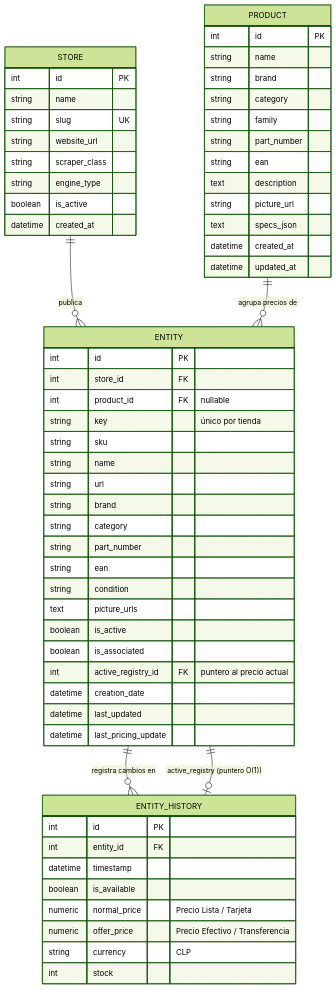
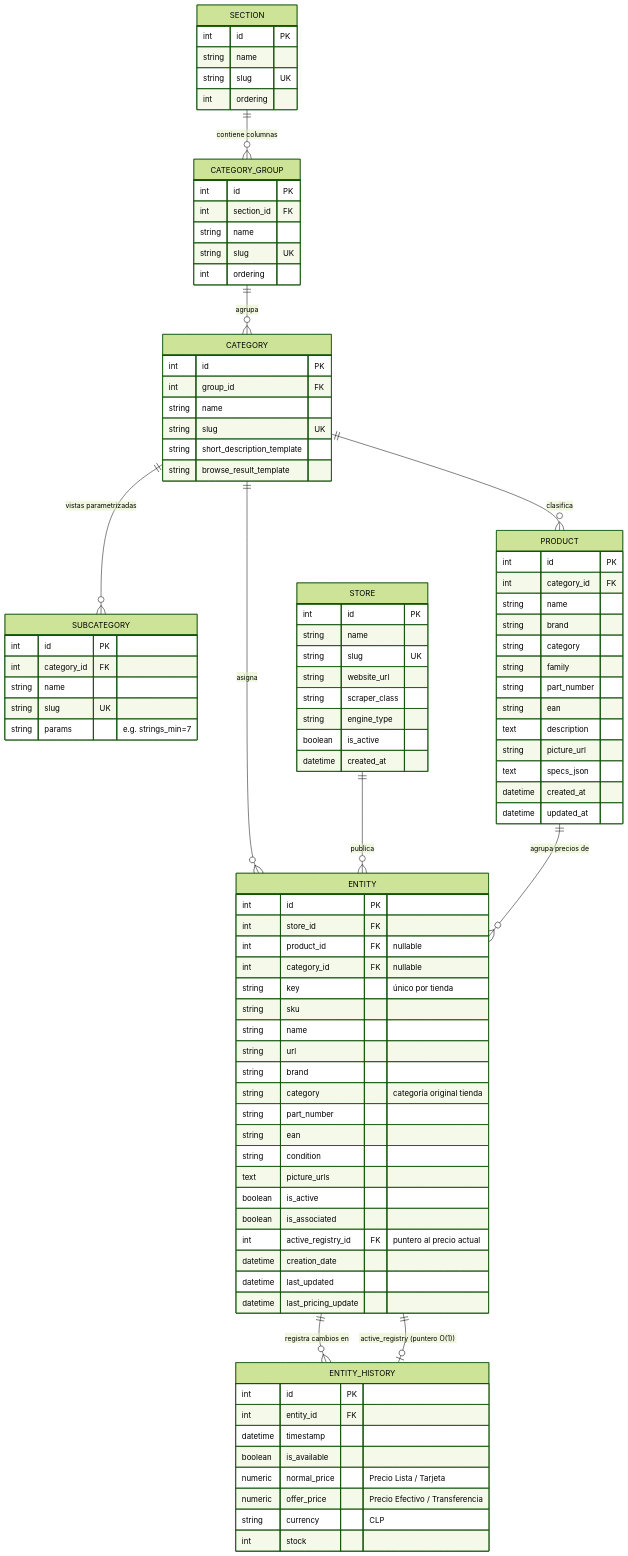
The second of 3 diagrams in README.md (Bastian-AAI/CC5003-SoloTono-Scraping), drawn with Mermaid (forest theme) before and after one commit. The commit also changed other lines of this file and 8 other files, not shown here.

Commit message:
feat: implement SoloTodo-style taxonomy architecture with Mega-Menu, fixtures, classifier and CLI

````diff
--- a/README.md
+++ b/README.md
@@ -92,9 +92,46 @@
 ```mermaid
 erDiagram
+    SECTION ||--o{ CATEGORY_GROUP : "contiene columnas"
+    CATEGORY_GROUP ||--o{ CATEGORY : "agrupa"
+    CATEGORY ||--o{ SUBCATEGORY : "vistas parametrizadas"
+    CATEGORY ||--o{ PRODUCT : "clasifica"
+    CATEGORY ||--o{ ENTITY : "asigna"
     STORE ||--o{ ENTITY : "publica"
     PRODUCT ||--o{ ENTITY : "agrupa precios de"
     ENTITY ||--o{ ENTITY_HISTORY : "registra cambios en"
     ENTITY ||--o| ENTITY_HISTORY : "active_registry (puntero O(1))"
+
+    SECTION {
+        int id PK
+        string name
+        string slug UK
+        int ordering
+    }
+
+    CATEGORY_GROUP {
+        int id PK
+        int section_id FK
+        string name
+        string slug UK
+        int ordering
+    }
+
+    CATEGORY {
+        int id PK
+        int group_id FK
+        string name
+        string slug UK
+        string short_description_template
+        string browse_result_template
+    }
+
+    SUBCATEGORY {
+        int id PK
+        int category_id FK
+        string name
+        string slug UK
+        string params "e.g. strings_min=7"
+    }
 
     STORE {
         int id PK
@@ -109,6 +146,7 @@
 
     PRODUCT {
         int id PK
+        int category_id FK
         string name
         string brand
         string category
@@ -126,12 +164,13 @@
         int id PK
         int store_id FK
         int product_id FK "nullable"
+        int category_id FK "nullable"
         string key "único por tienda"
         string sku
         string name
         string url
         string brand
-        string category
+        string category "categoría original tienda"
         string part_number
         string ean
         string condition
````
